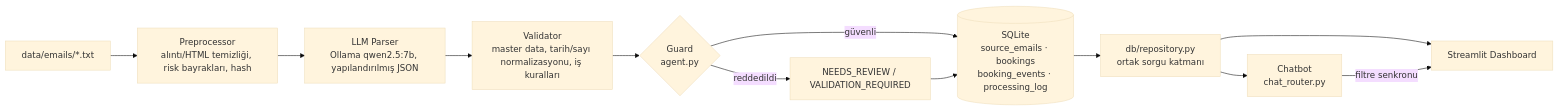
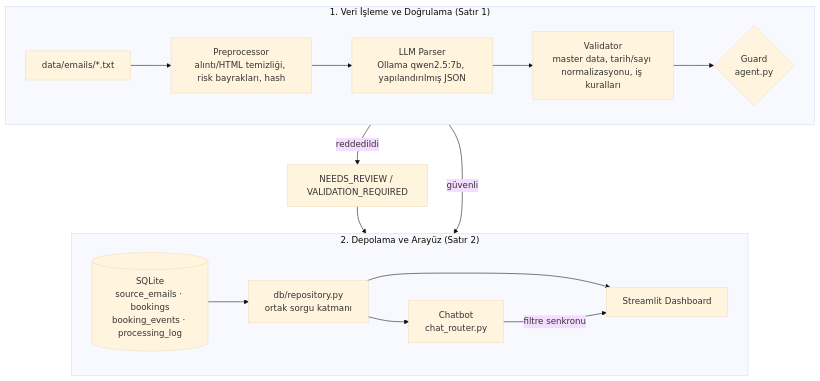
The diagram in README.md (Furknstr/UGRProject), drawn with Mermaid (base theme) before and after one commit. The commit also changed other lines of this file, not shown here.

Commit message:
organizing README.

````diff
--- a/README.md
+++ b/README.md
@@ -9,14 +9,23 @@
 ```mermaid
-flowchart LR
-    A[data/emails/*.txt] --> B[Preprocessor<br/>alıntı/HTML temizliği, risk bayrakları, hash]
-    B --> C[LLM Parser<br/>Ollama qwen2.5:7b, yapılandırılmış JSON]
-    C --> D[Validator<br/>master data, tarih/sayı normalizasyonu, iş kuralları]
-    D --> E{Guard<br/>agent.py}
-    E -->|güvenli| F[(SQLite<br/>source_emails · bookings<br/>booking_events · processing_log)]
-    E -->|reddedildi| G[NEEDS_REVIEW / VALIDATION_REQUIRED]
+flowchart TB
+    subgraph Katman1 ["1. Veri İşleme ve Doğrulama (Satır 1)"]
+        direction LR
+        A["data/emails/*.txt"] --> B["Preprocessor<br/>alıntı/HTML temizliği, risk bayrakları, hash"]
+        B --> C["LLM Parser<br/>Ollama qwen2.5:7b, yapılandırılmış JSON"]
+        C --> D["Validator<br/>master data, tarih/sayı normalizasyonu, iş kuralları"]
+        D --> E{"Guard<br/>agent.py"}
+    end
+
+    subgraph Katman2 ["2. Depolama ve Arayüz (Satır 2)"]
+        direction LR
+        F[("SQLite<br/>source_emails · bookings<br/>booking_events · processing_log")] --> H["db/repository.py<br/>ortak sorgu katmanı"]
+        H --> I["Streamlit Dashboard"]
+        H --> J["Chatbot<br/>chat_router.py"]
+        J -->|filtre senkronu| I
+    end
+
+    %% Alt satıra geçiş bağlantıları
+    E -->|güvenli| F
+    E -->|reddedildi| G["NEEDS_REVIEW / VALIDATION_REQUIRED"]
     G --> F
-    F --> H[db/repository.py<br/>ortak sorgu katmanı]
-    H --> I[Streamlit Dashboard]
-    H --> J[Chatbot<br/>chat_router.py]
-    J -->|filtre senkronu| I
 ```
````
